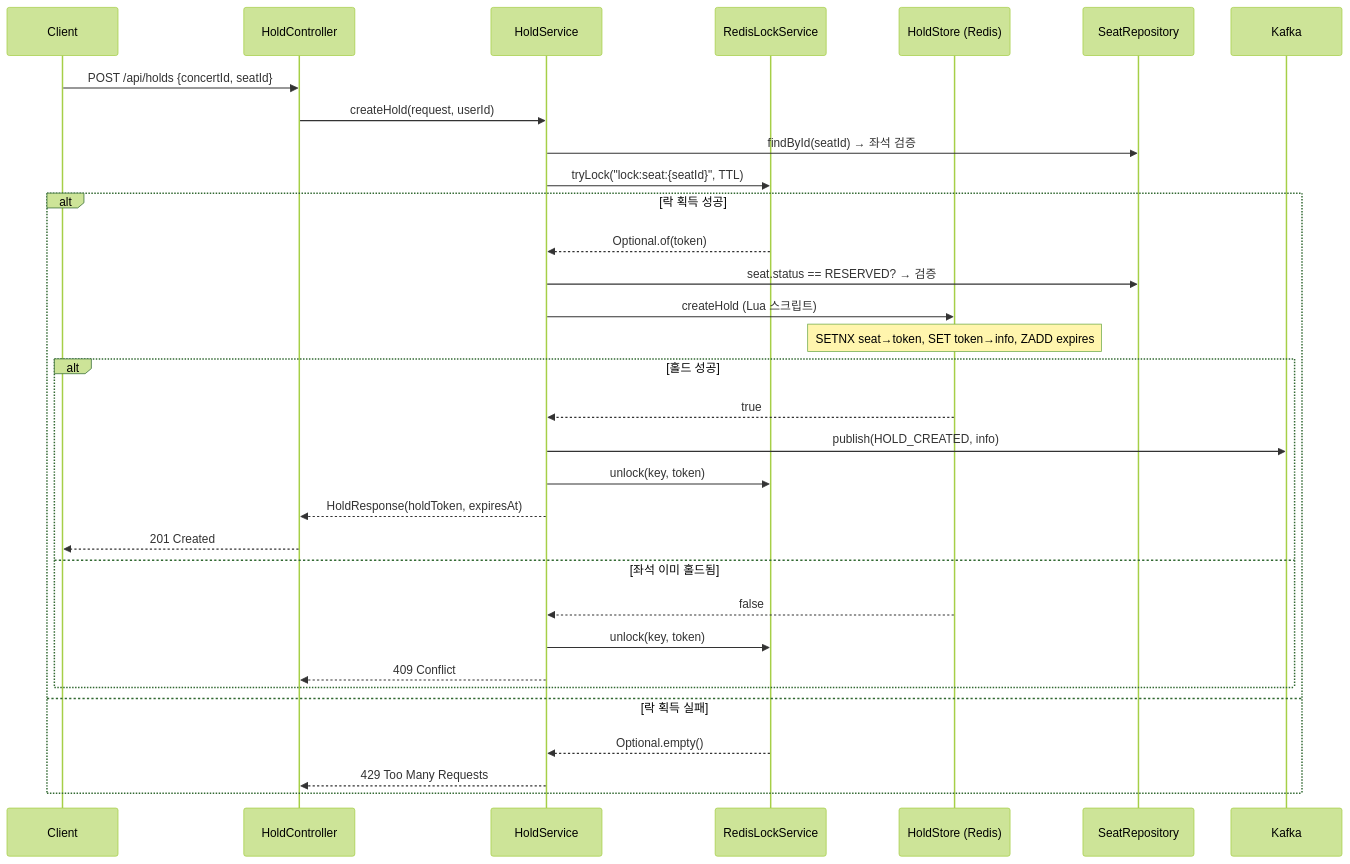
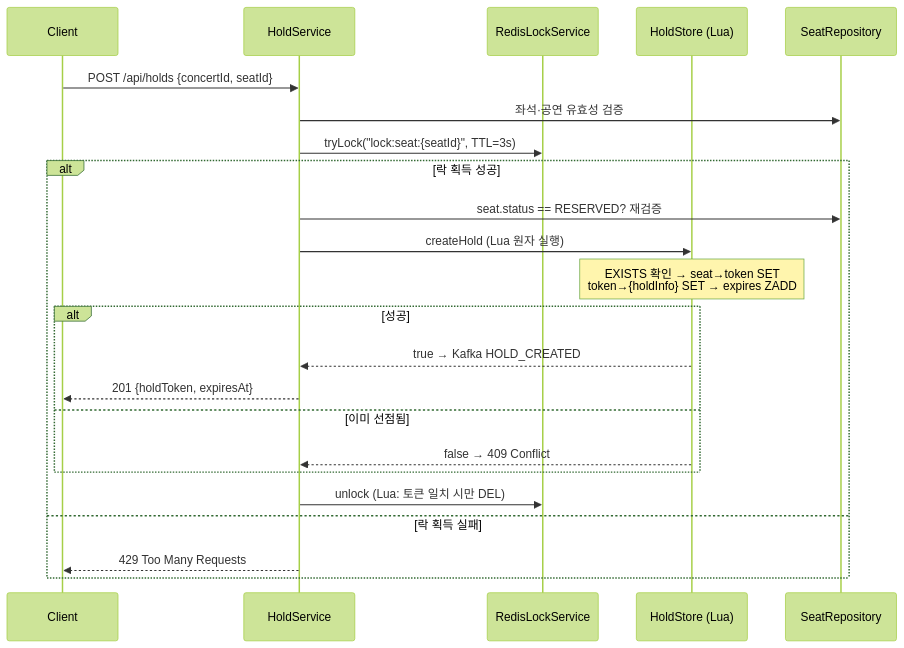
One commit to kiy3035/Ticketing changed the first of 3 diagrams in docs/sequence-diagrams.md. Above: the diagram before and after it, drawn with Mermaid (forest theme). The commit also changed other lines of this file and 13 other files, not shown here.

````diff
--- a/docs/sequence-diagrams.md
+++ b/docs/sequence-diagrams.md
@@ -5,35 +5,26 @@
 ```mermaid
 sequenceDiagram
     participant C as Client
-    participant API as HoldController
     participant HS as HoldService
     participant Lock as RedisLockService
-    participant Store as HoldStore (Redis)
+    participant Store as HoldStore (Lua)
     participant DB as SeatRepository
-    participant K as Kafka
 
-    C->>API: POST /api/holds {concertId, seatId}
-    API->>HS: createHold(request, userId)
-    HS->>DB: findById(seatId) → 좌석 검증
-    HS->>Lock: tryLock("lock:seat:{seatId}", TTL)
+    C->>HS: POST /api/holds {concertId, seatId}
+    HS->>DB: 좌석·공연 유효성 검증
+    HS->>Lock: tryLock("lock:seat:{seatId}", TTL=3s)
     alt 락 획득 성공
-        Lock-->>HS: Optional.of(token)
-        HS->>DB: seat.status == RESERVED? → 검증
-        HS->>Store: createHold (Lua 스크립트)
-        Note over Store: SETNX seat→token, SET token→info, ZADD expires
-        alt 홀드 성공
-            Store-->>HS: true
-            HS->>K: publish(HOLD_CREATED, info)
-            HS->>Lock: unlock(key, token)
-            HS-->>API: HoldResponse(holdToken, expiresAt)
-            API-->>C: 201 Created
-        else 좌석 이미 홀드됨
-            Store-->>HS: false
-            HS->>Lock: unlock(key, token)
-            HS-->>API: 409 Conflict
+        HS->>DB: seat.status == RESERVED? 재검증
+        HS->>Store: createHold (Lua 원자 실행)
+        Note over Store: EXISTS 확인 → seat→token SET<br/>token→{holdInfo} SET → expires ZADD
+        alt 성공
+            Store-->>HS: true → Kafka HOLD_CREATED
+            HS-->>C: 201 {holdToken, expiresAt}
+        else 이미 선점됨
+            Store-->>HS: false → 409 Conflict
         end
+        HS->>Lock: unlock (Lua: 토큰 일치 시만 DEL)
     else 락 획득 실패
-        Lock-->>HS: Optional.empty()
-        HS-->>API: 429 Too Many Requests
+        HS-->>C: 429 Too Many Requests
     end
 ```
````
